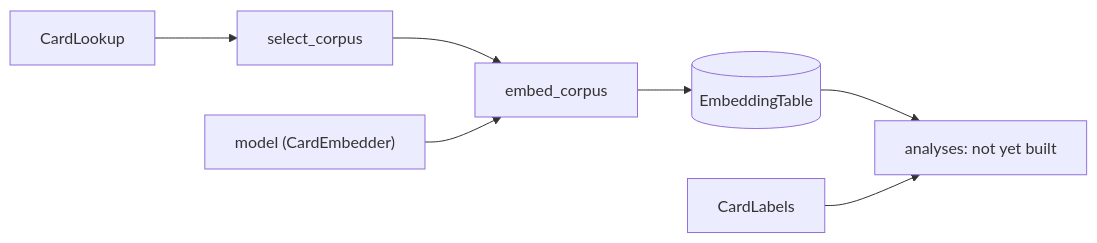
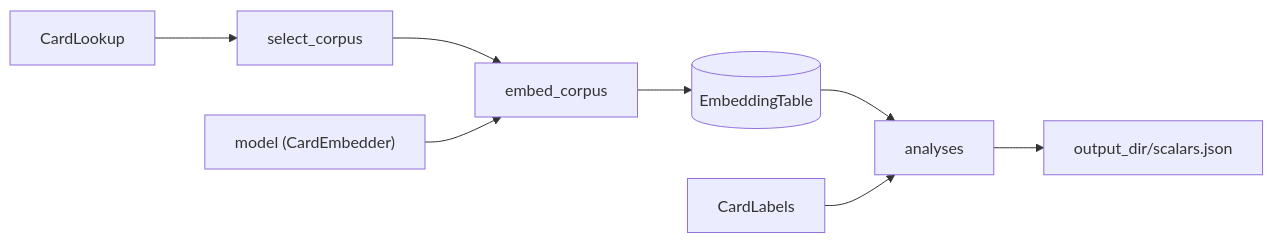
One commit to toon-leader-bacon/TradingCardGameEmbeddings changed the diagram in src/evaluation/README.md. Above: the diagram before and after it, drawn with Mermaid. The commit also changed other lines of this file and 15 other files, not shown here.

````diff
--- a/src/evaluation/README.md
+++ b/src/evaluation/README.md
@@ -60,9 +88,10 @@
 ```mermaid
 flowchart LR
     L[CardLookup] --> S[select_corpus]
     S --> E[embed_corpus]
     M["model (CardEmbedder)"] --> E
     E --> T[(EmbeddingTable)]
-    T --> A[analyses: not yet built]
+    T --> A[analyses]
     C[CardLabels] --> A
+    A --> O["output_dir/scalars.json"]
 ```
````
